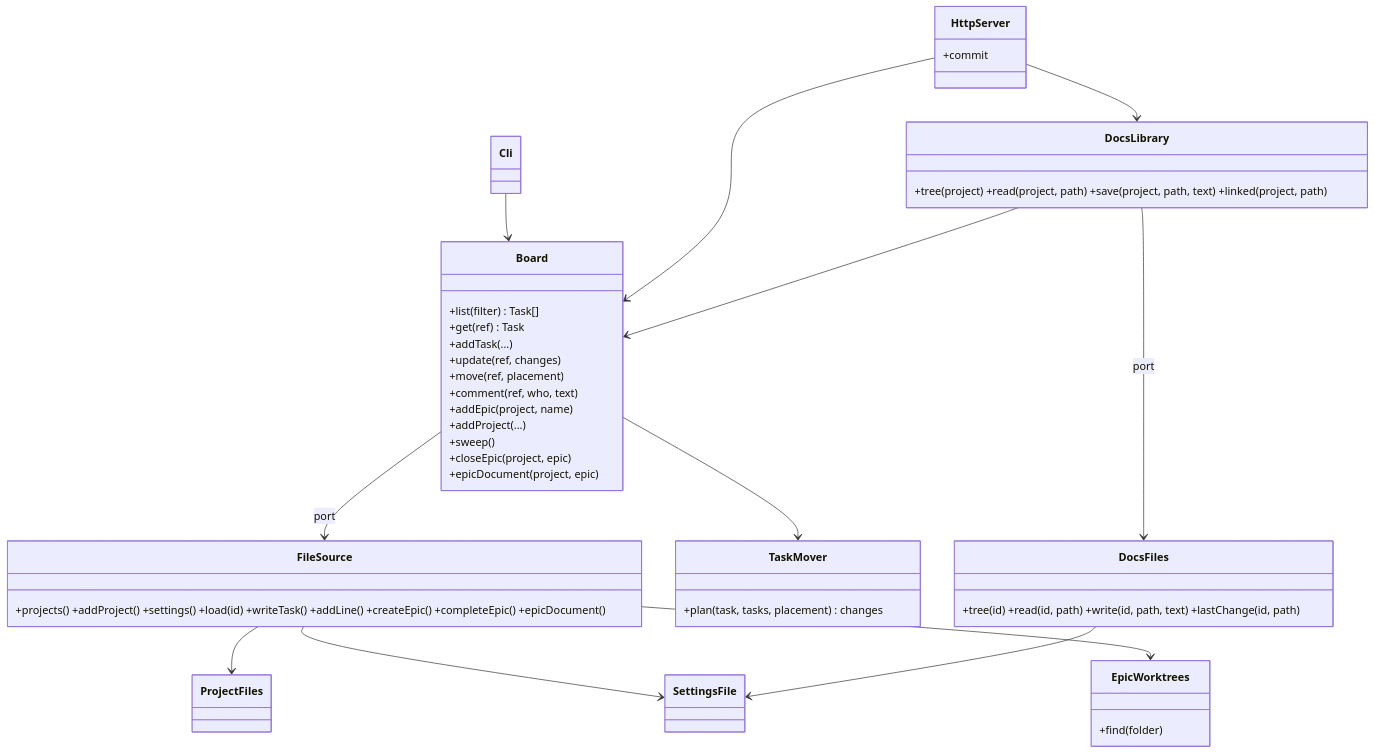
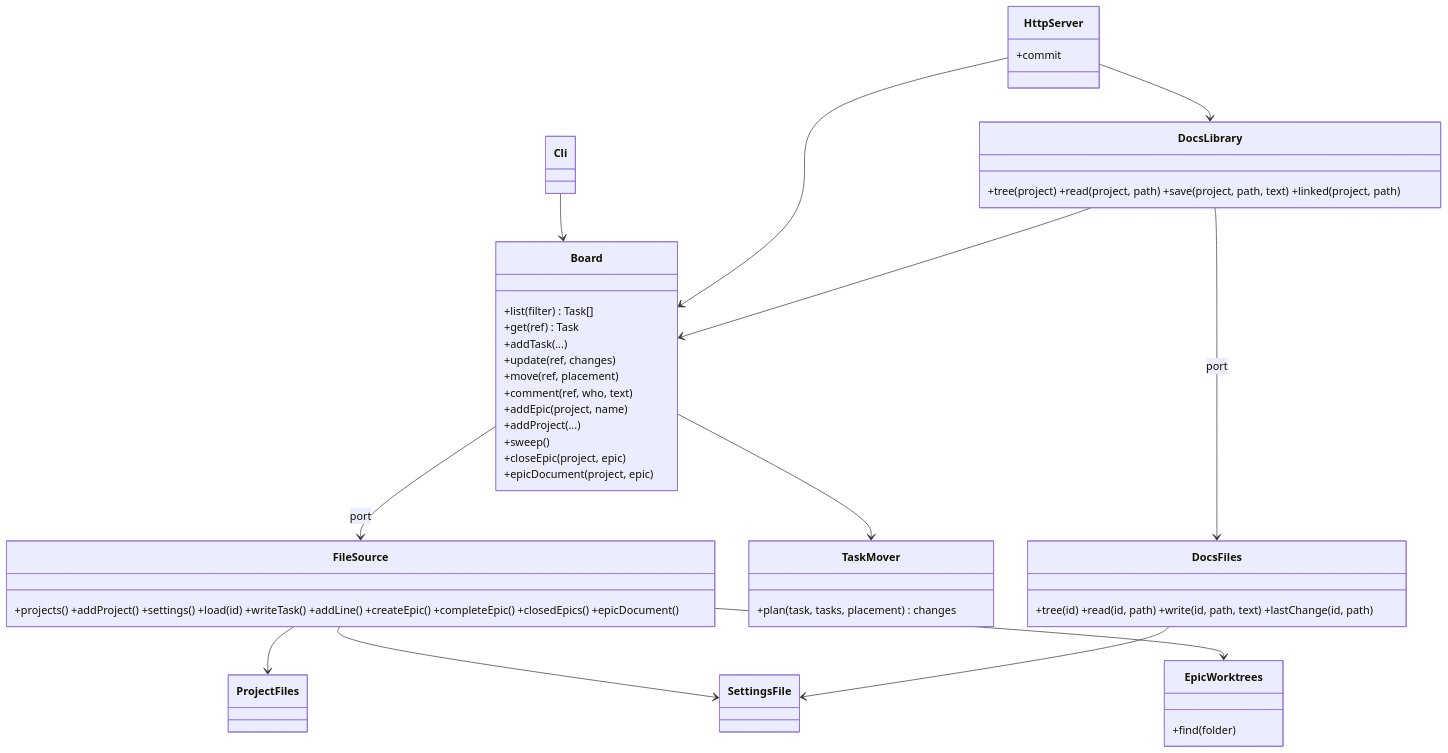
One commit to TabuNuf/doit changed the diagram in Docs/Architecture.md. Above: the diagram before and after it, drawn with Mermaid. The commit also changed other lines of this file and 6 other files, not shown here.

Commit message:
T-010.1: closing writes Closed date; the board view returns closed epics with archived flag

````diff
--- a/Docs/Architecture.md
+++ b/Docs/Architecture.md
@@ -41,36 +41,36 @@
 ```mermaid
 classDiagram
   class Board {
     +list(filter) Task[]
     +get(ref) Task
     +addTask(...)
     +update(ref, changes)
     +move(ref, placement)
     +comment(ref, who, text)
     +addEpic(project, name)
     +addProject(...)
     +sweep()
     +closeEpic(project, epic)
     +epicDocument(project, epic)
   }
   class DocsLibrary { +tree(project) +read(project, path) +save(project, path, text) +linked(project, path) }
   class DocsFiles { +tree(id) +read(id, path) +write(id, path, text) +lastChange(id, path) }
   class TaskMover { +plan(task, tasks, placement) changes }
-  class FileSource { +projects() +addProject() +settings() +load(id) +writeTask() +addLine() +createEpic() +completeEpic() +epicDocument() }
+  class FileSource { +projects() +addProject() +settings() +load(id) +writeTask() +addLine() +createEpic() +completeEpic() +closedEpics() +epicDocument() }
   class ProjectFiles
   class SettingsFile
   class EpicWorktrees { +find(folder) }
   class Cli
   class HttpServer { +commit }
   Board --> TaskMover
   Board --> FileSource : port
   FileSource --> ProjectFiles
   FileSource --> SettingsFile
   FileSource --> EpicWorktrees
   Cli --> Board
   HttpServer --> Board
   HttpServer --> DocsLibrary
   DocsLibrary --> Board
   DocsLibrary --> DocsFiles : port
   DocsFiles --> SettingsFile
 ```
````
